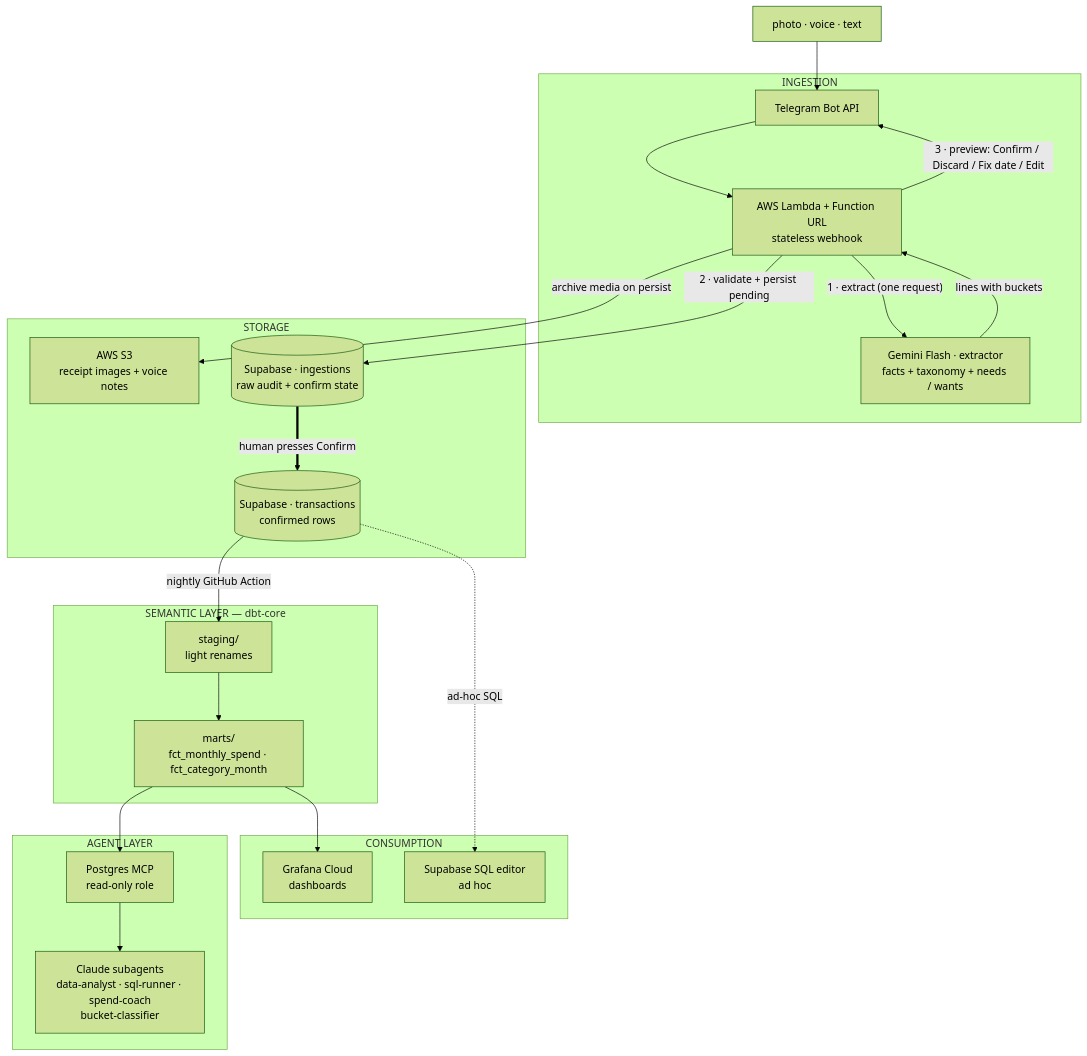
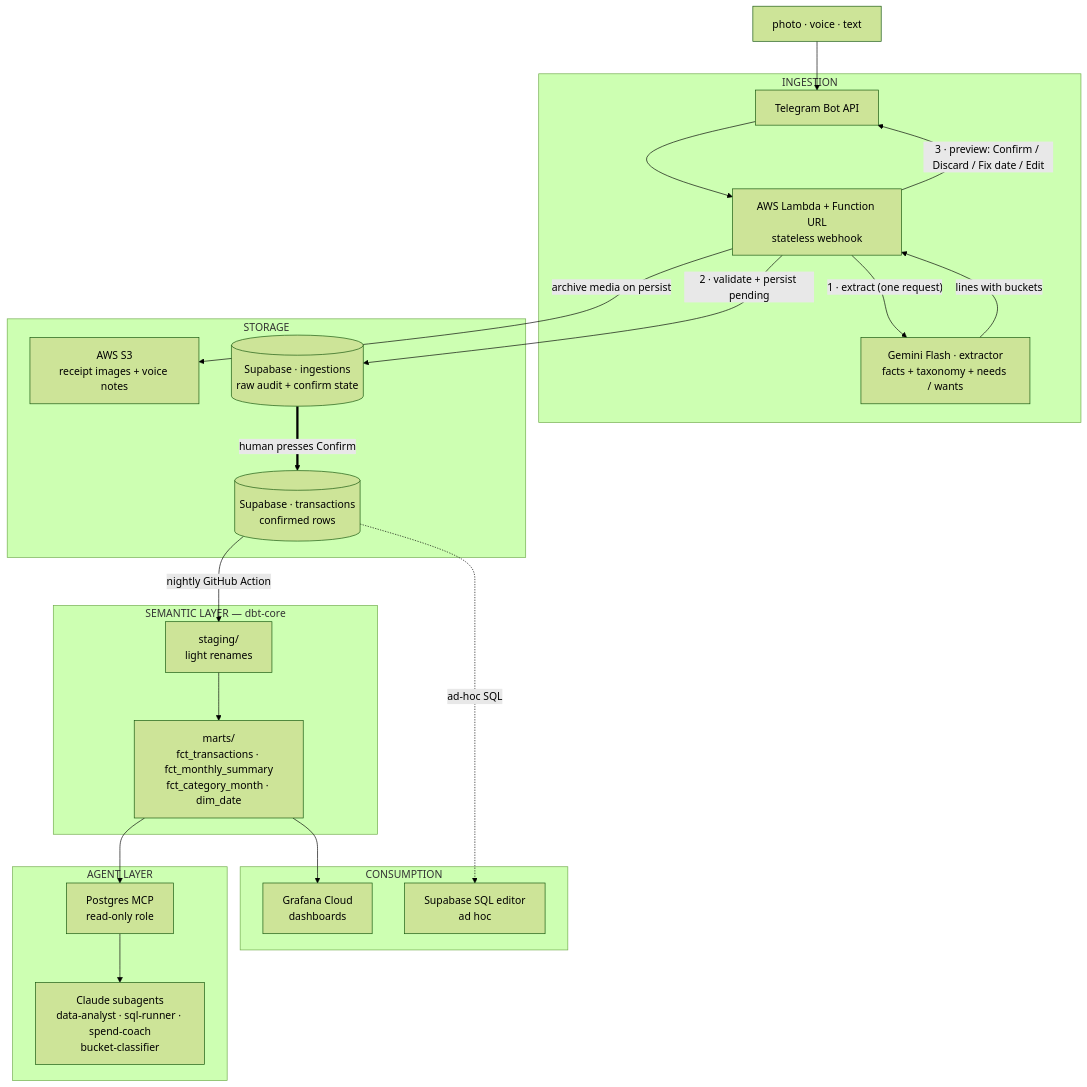
Before and after one commit to rafachan3/finflow: the diagram in docs/ARCHITECTURE.md, drawn with Mermaid (forest theme). The commit also changed other lines of this file and 19 other files, not shown here.

````diff
--- a/docs/ARCHITECTURE.md
+++ b/docs/ARCHITECTURE.md
@@ -5,45 +5,45 @@
 ```mermaid
 flowchart TD
     SRC["photo · voice · text"]
 
     subgraph ING["INGESTION"]
         TG["Telegram Bot API"]
         LM["AWS Lambda + Function URL<br/>stateless webhook"]
         EX["Gemini Flash · extractor<br/>facts + taxonomy + needs / wants"]
     end
 
     subgraph STO["STORAGE"]
         S3["AWS S3<br/>receipt images + voice notes"]
         RAW[("Supabase · ingestions<br/>raw audit + confirm state")]
         TX[("Supabase · transactions<br/>confirmed rows")]
     end
 
     subgraph SEM["SEMANTIC LAYER — dbt-core"]
         STG["staging/<br/>light renames"]
-        MRT["marts/<br/>fct_monthly_spend · fct_category_month"]
+        MRT["marts/<br/>fct_transactions · fct_monthly_summary<br/>fct_category_month · dim_date"]
     end
 
     subgraph OUT["CONSUMPTION"]
         GRF["Grafana Cloud<br/>dashboards"]
         SQL["Supabase SQL editor<br/>ad hoc"]
     end
 
     subgraph AGT["AGENT LAYER"]
         MCP["Postgres MCP<br/>read-only role"]
         SUB["Claude subagents<br/>data-analyst · sql-runner · spend-coach<br/>bucket-classifier"]
     end
 
     SRC --> TG --> LM
     LM -->|"1 · extract (one request)"| EX
     EX -->|"lines with buckets"| LM
     LM -->|"2 · validate + persist pending"| RAW
     LM -->|"archive media on persist"| S3
     LM -->|"3 · preview: Confirm / Discard / Fix date / Edit"| TG
     RAW ==>|"human presses Confirm"| TX
     TX -->|"nightly GitHub Action"| STG
     STG --> MRT
     MRT --> GRF
     MRT --> MCP
     MCP --> SUB
     TX -.->|"ad-hoc SQL"| SQL
 ```
````
